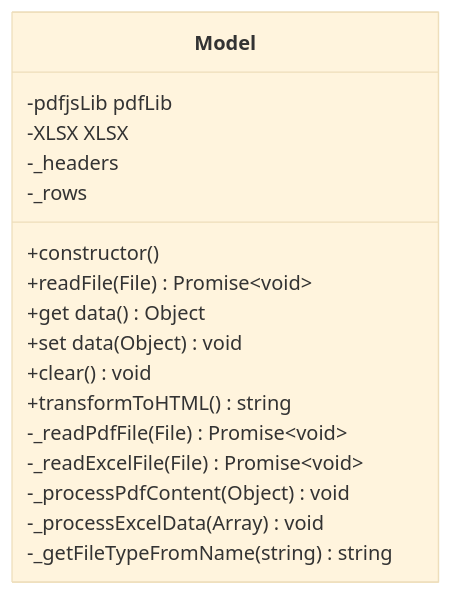
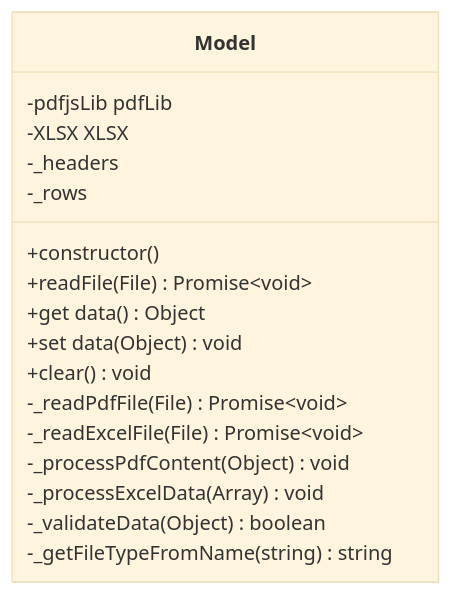
One commit to ahmetcankaratas/transformer changed the third of 4 diagrams in HW1/JavaScript/README.md. Above: the diagram before and after it, drawn with Mermaid (base theme). The commit also changed other lines of this file and 3 other files, not shown here.

````diff
--- a/HW1/JavaScript/README.md
+++ b/HW1/JavaScript/README.md
@@ -103,20 +113,20 @@
 ```mermaid
 classDiagram
     class Model {
         -pdfjsLib pdfLib
         -XLSX XLSX
         -_headers
         -_rows
         +constructor()
         +readFile(File) Promise~void~
         +get data() Object
         +set data(Object) void
         +clear() void
-        +transformToHTML() string
         -_readPdfFile(File) Promise~void~
         -_readExcelFile(File) Promise~void~
         -_processPdfContent(Object) void
         -_processExcelData(Array) void
+        -_validateData(Object) boolean
         -_getFileTypeFromName(string) string
     }
 ```
````
